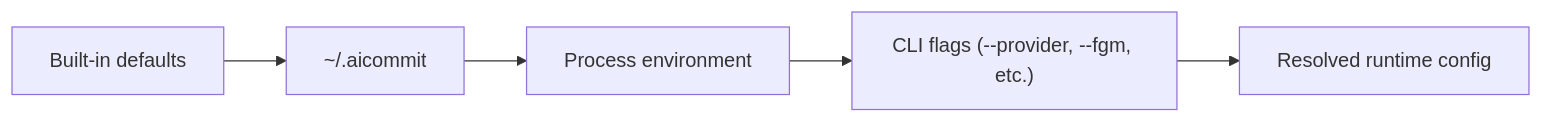
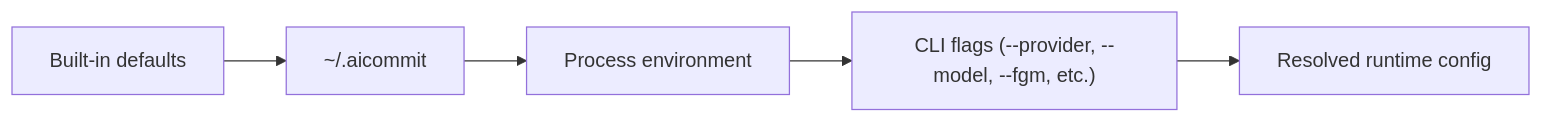
The diagram in docs/configuration.md (BUR4KBEY/aicommit), drawn with Mermaid before and after one commit. The commit also changed other lines of this file and 20 other files, not shown here.

````diff
--- a/docs/configuration.md
+++ b/docs/configuration.md
@@ -9,7 +12,7 @@
 ```mermaid
 flowchart LR
     Defaults["Built-in defaults"] --> Global["~/.aicommit"]
     Global --> Env["Process environment"]
-    Env --> Flags["CLI flags (--provider, --fgm, etc.)"]
+    Env --> Flags["CLI flags (--provider, --model, --fgm, etc.)"]
     Flags --> Runtime["Resolved runtime config"]
 ```
````
